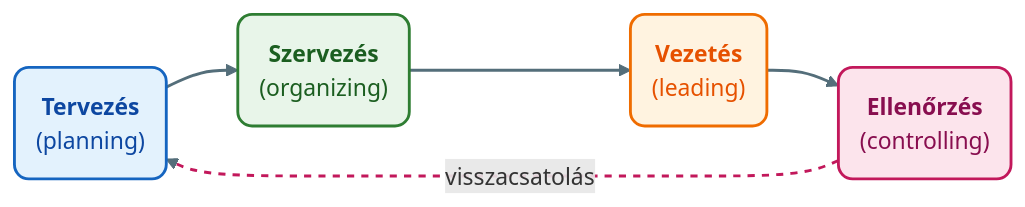
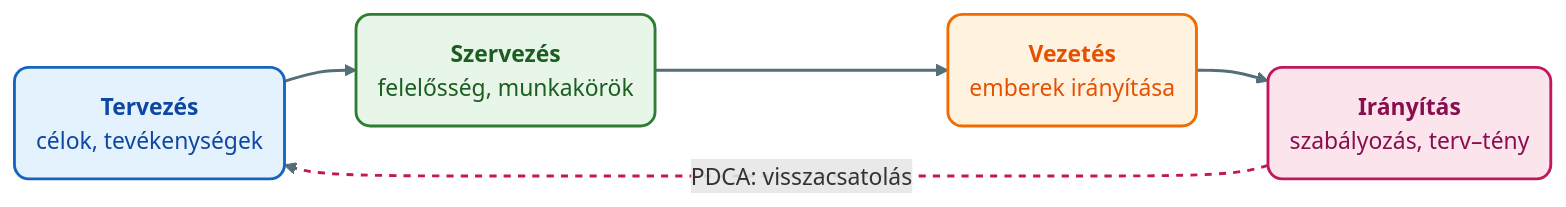
One commit to denespocsik/MM_BSC_Zarovizsga changed the diagram in Tételek/K01-GMXMD1MBLF-Menedzsment fogalma, funkciói.tétel.md. Above: the diagram before and after it, drawn with Mermaid. The commit also changed other lines of this file and 3 other files, not shown here.

````diff
--- a/Tételek/K01-GMXMD1MBLF-Menedzsment fogalma, funkciói.tétel.md
+++ b/Tételek/K01-GMXMD1MBLF-Menedzsment fogalma, funkciói.tétel.md
@@ -35,20 +63,20 @@
 ```mermaid
 graph LR
-    T("<b>Tervezés</b><br/>(planning)"):::kek
-    S("<b>Szervezés</b><br/>(organizing)"):::zold
-    V("<b>Vezetés</b><br/>(leading)"):::narancs
-    E("<b>Ellenőrzés</b><br/>(controlling)"):::rozsa
+    T("<b>Tervezés</b><br/>célok, tevékenységek"):::kek
+    S("<b>Szervezés</b><br/>felelősség, munkakörök"):::zold
+    V("<b>Vezetés</b><br/>emberek irányítása"):::narancs
+    I("<b>Irányítás</b><br/>szabályozás, terv–tény"):::rozsa
 
     T --> S
     S --> V
-    V --> E
-    E -.->|visszacsatolás| T
+    V --> I
+    I -.->|PDCA: visszacsatolás| T
 
     classDef kek     fill:#e3f2fd,stroke:#1565c0,stroke-width:2px,color:#0d47a1,rx:10,ry:10;
     classDef zold    fill:#e8f5e9,stroke:#2e7d32,stroke-width:2px,color:#1b5e20,rx:10,ry:10;
     classDef narancs fill:#fff3e0,stroke:#ef6c00,stroke-width:2px,color:#e65100,rx:10,ry:10;
     classDef rozsa   fill:#fce4ec,stroke:#c2185b,stroke-width:2px,color:#880e4f,rx:10,ry:10;
 
     linkStyle default stroke:#546e7a,stroke-width:2px;
     linkStyle 3 stroke:#c2185b,stroke-width:2px,stroke-dasharray: 5 5;
 ```
````
